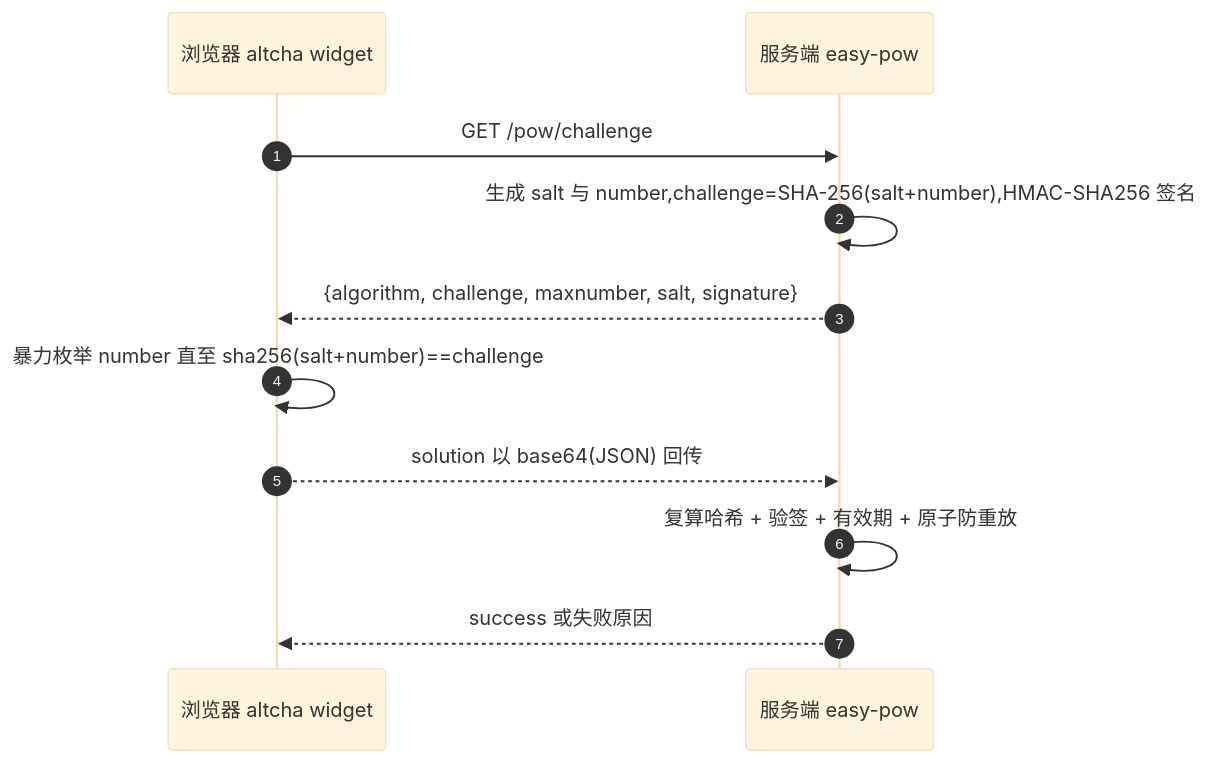
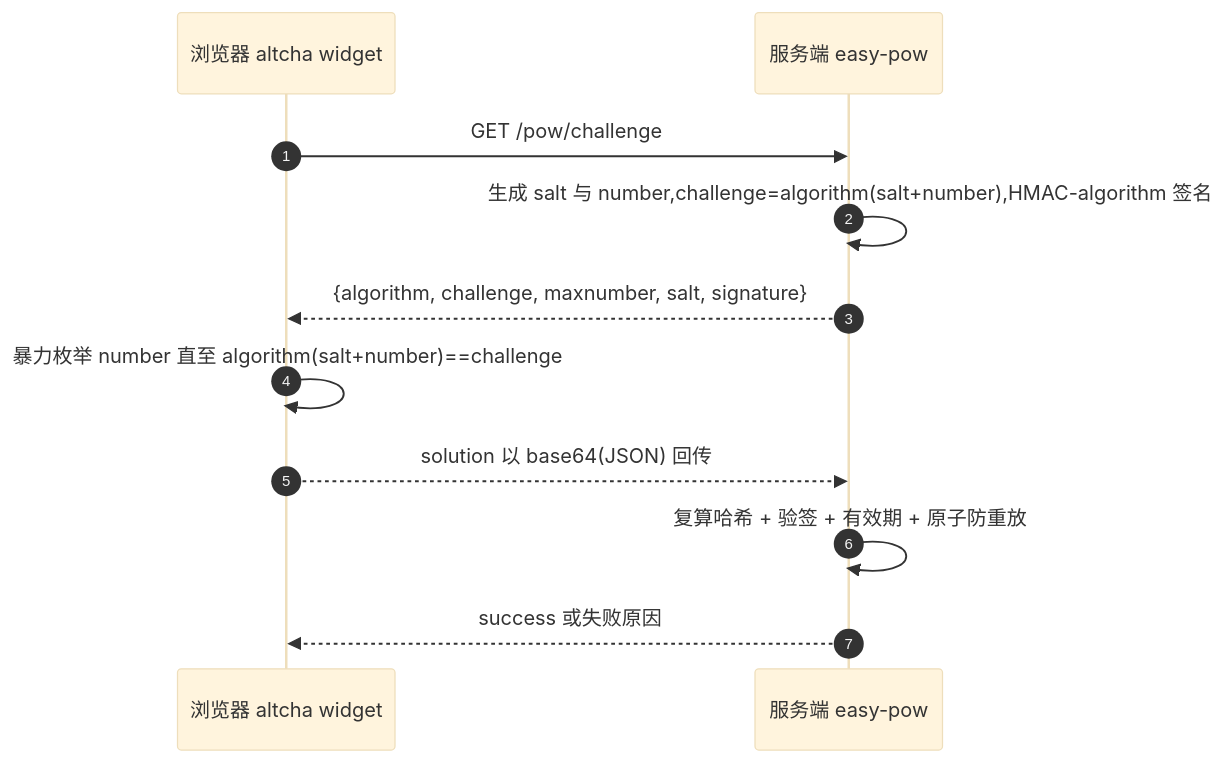
One commit to lucky845/easy-pow changed the diagram in README.md. Above: the diagram before and after it, drawn with Mermaid (base theme). The commit also changed other lines of this file and 11 other files, not shown here.

````diff
--- a/README.md
+++ b/README.md
@@ -158,13 +160,13 @@
 ```mermaid
 sequenceDiagram
     autonumber
     participant B as 浏览器 altcha widget
     participant S as 服务端 easy-pow
     B->>S: GET /pow/challenge
-    S->>S: 生成 salt 与 number,challenge=SHA-256(salt+number),HMAC-SHA256 签名
+    S->>S: 生成 salt 与 number,challenge=algorithm(salt+number),HMAC-algorithm 签名
     S-->>B: {algorithm, challenge, maxnumber, salt, signature}
-    B->>B: 暴力枚举 number 直至 sha256(salt+number)==challenge
+    B->>B: 暴力枚举 number 直至 algorithm(salt+number)==challenge
     B-->>S: solution 以 base64(JSON) 回传
     S->>S: 复算哈希 + 验签 + 有效期 + 原子防重放
     S-->>B: success 或失败原因
 ```
````
